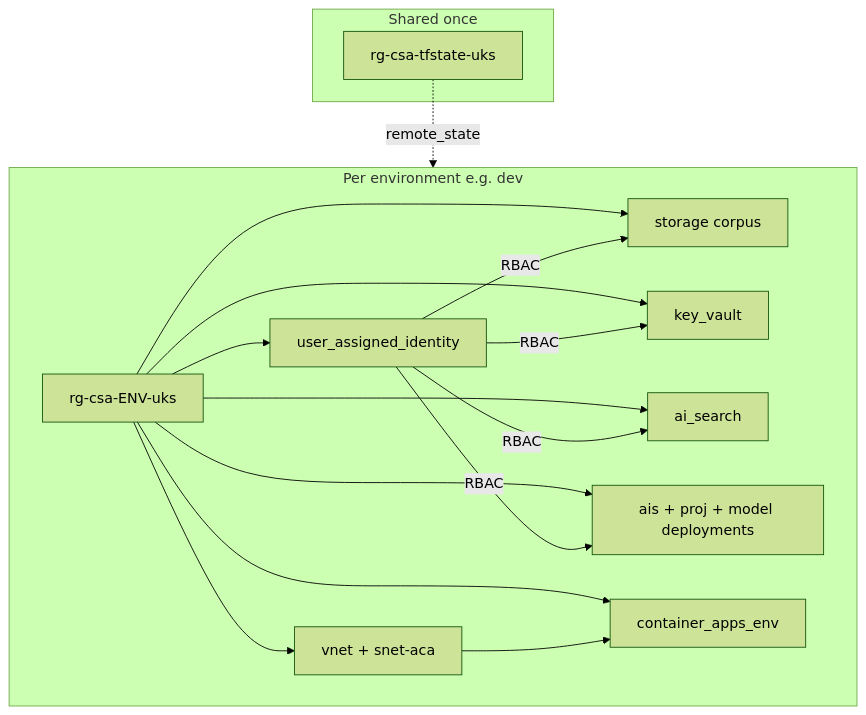
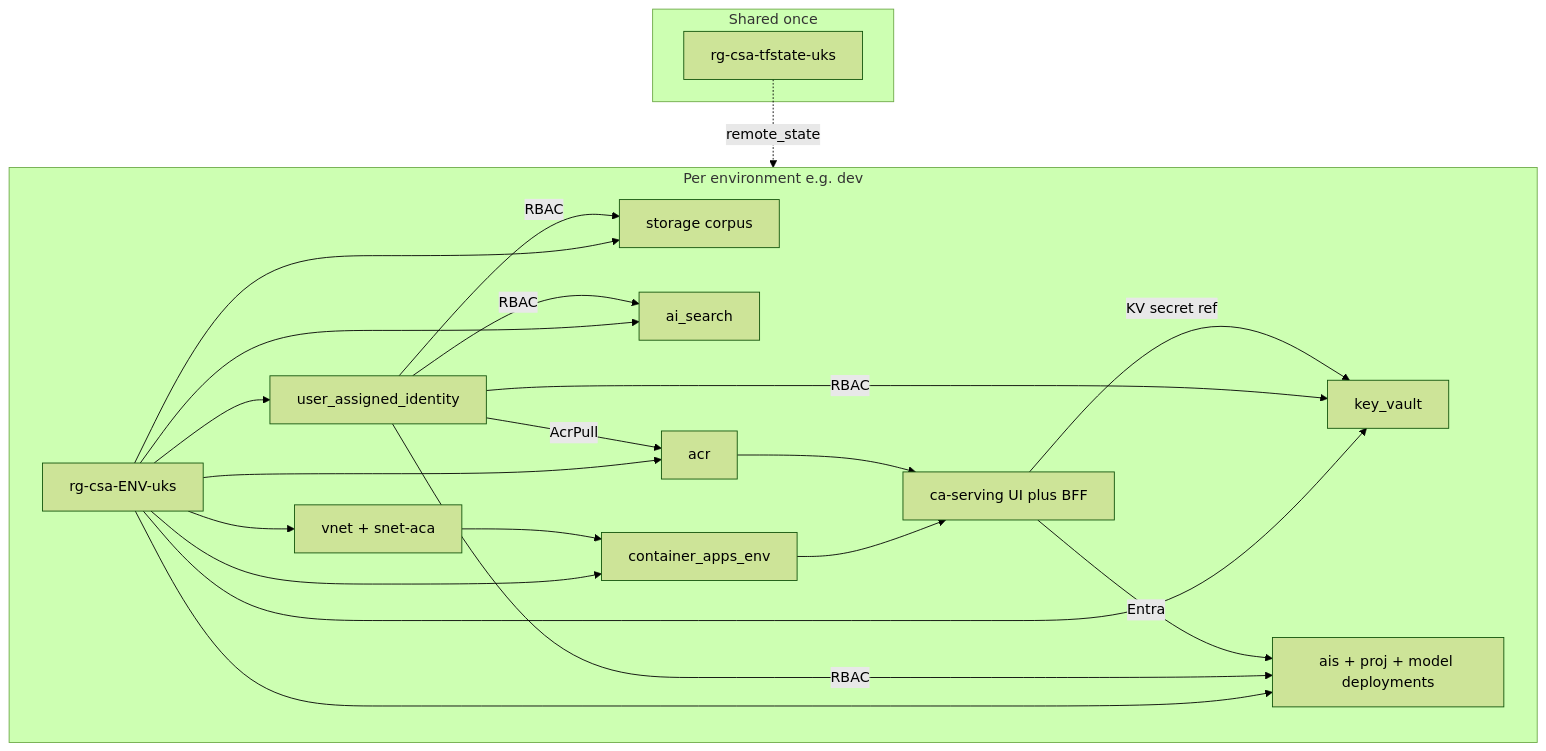
Before and after one commit to ecvanlare/cloud-standards-assistant: the diagram in docs/INFRASTRUCTURE.md, drawn with Mermaid (forest theme). The commit also changed other lines of this file and 40 other files, not shown here.

First line of the commit message:
Add ACA serving chatbot with KV secrets, scale evidence, and env up/down scripts.

````diff
--- a/docs/INFRASTRUCTURE.md
+++ b/docs/INFRASTRUCTURE.md
@@ -7,29 +7,37 @@
 ```mermaid
 flowchart TB
   subgraph bootstrap [Shared once]
     TFState[rg-csa-tfstate-uks]
   end
   subgraph env [Per environment e.g. dev]
     RG[rg-csa-ENV-uks]
     VNet[vnet + snet-aca]
     SA[storage corpus]
     KV[key_vault]
     Search[ai_search]
     Foundry[ais + proj + model deployments]
     ACA[container_apps_env]
+    ACR[acr]
+    CA[ca-serving UI plus BFF]
     MI[user_assigned_identity]
   end
   TFState -.->|remote_state| env
   RG --> VNet
   RG --> SA
   RG --> KV
   RG --> Search
   RG --> Foundry
   RG --> ACA
+  RG --> ACR
   RG --> MI
   VNet --> ACA
+  ACA --> CA
+  ACR --> CA
   MI -->|RBAC| SA
   MI -->|RBAC| KV
   MI -->|RBAC| Foundry
   MI -->|RBAC| Search
+  MI -->|AcrPull| ACR
+  CA -->|KV secret ref| KV
+  CA -->|Entra| Foundry
 ```
````
